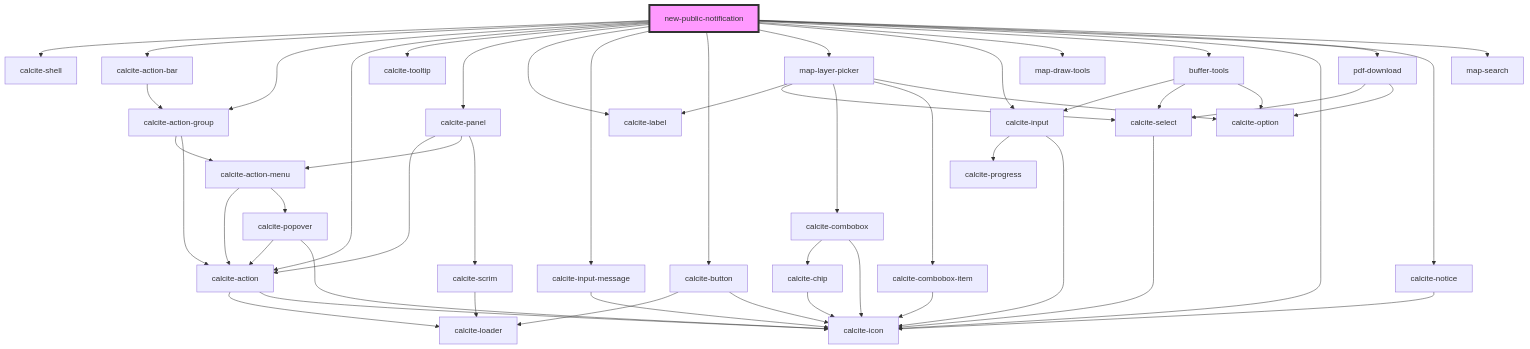
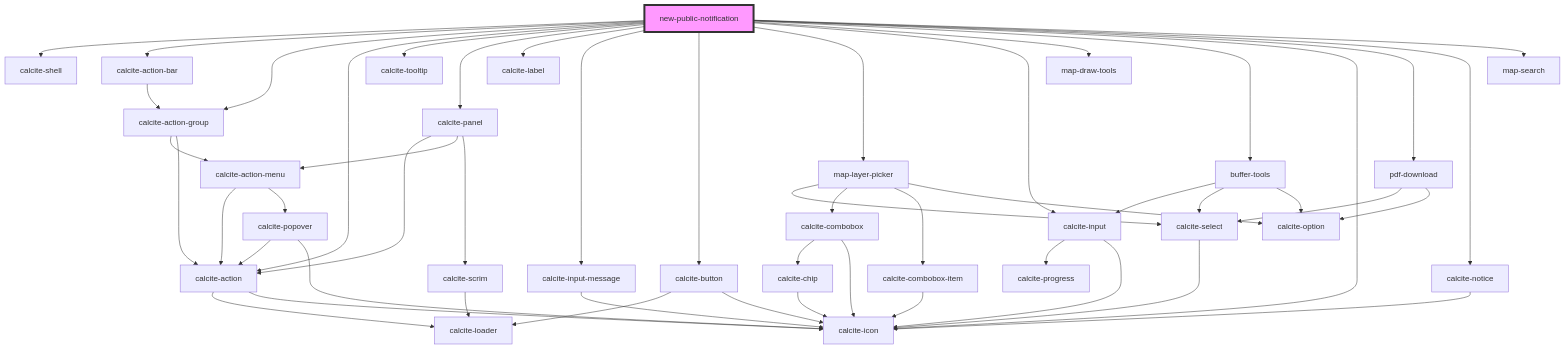
The diagram in src/components/new-public-notification/readme.md (Esri/solutions-components), drawn with Mermaid before and after one commit. The commit also changed 13 other files, not shown here.

Commit message:
remove forced label from map layer picker

````diff
--- a/src/components/new-public-notification/readme.md
+++ b/src/components/new-public-notification/readme.md
@@ -40,55 +40,54 @@
 ```mermaid
 graph TD;
   new-public-notification --> calcite-shell
   new-public-notification --> calcite-action-bar
   new-public-notification --> calcite-action-group
   new-public-notification --> calcite-action
   new-public-notification --> calcite-tooltip
   new-public-notification --> calcite-panel
   new-public-notification --> calcite-label
   new-public-notification --> calcite-input-message
   new-public-notification --> calcite-button
   new-public-notification --> map-layer-picker
   new-public-notification --> calcite-input
   new-public-notification --> map-draw-tools
   new-public-notification --> buffer-tools
   new-public-notification --> calcite-icon
   new-public-notification --> pdf-download
   new-public-notification --> calcite-notice
   new-public-notification --> map-search
   calcite-action-bar --> calcite-action-group
   calcite-action-group --> calcite-action-menu
   calcite-action-group --> calcite-action
   calcite-action-menu --> calcite-action
   calcite-action-menu --> calcite-popover
   calcite-action --> calcite-loader
   calcite-action --> calcite-icon
   calcite-popover --> calcite-action
   calcite-popover --> calcite-icon
   calcite-panel --> calcite-action
   calcite-panel --> calcite-action-menu
   calcite-panel --> calcite-scrim
   calcite-scrim --> calcite-loader
   calcite-input-message --> calcite-icon
   calcite-button --> calcite-loader
   calcite-button --> calcite-icon
-  map-layer-picker --> calcite-label
   map-layer-picker --> calcite-select
   map-layer-picker --> calcite-combobox
   map-layer-picker --> calcite-combobox-item
   map-layer-picker --> calcite-option
   calcite-select --> calcite-icon
   calcite-combobox --> calcite-chip
   calcite-combobox --> calcite-icon
   calcite-chip --> calcite-icon
   calcite-combobox-item --> calcite-icon
   calcite-input --> calcite-progress
   calcite-input --> calcite-icon
   buffer-tools --> calcite-input
   buffer-tools --> calcite-select
   buffer-tools --> calcite-option
   pdf-download --> calcite-select
   pdf-download --> calcite-option
   calcite-notice --> calcite-icon
   style new-public-notification fill:#f9f,stroke:#333,stroke-width:4px
 ```
````
